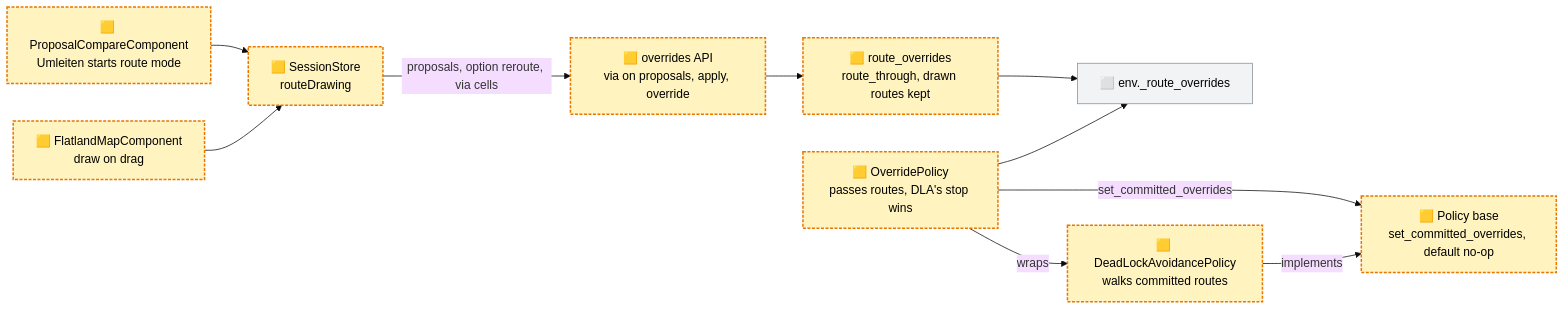
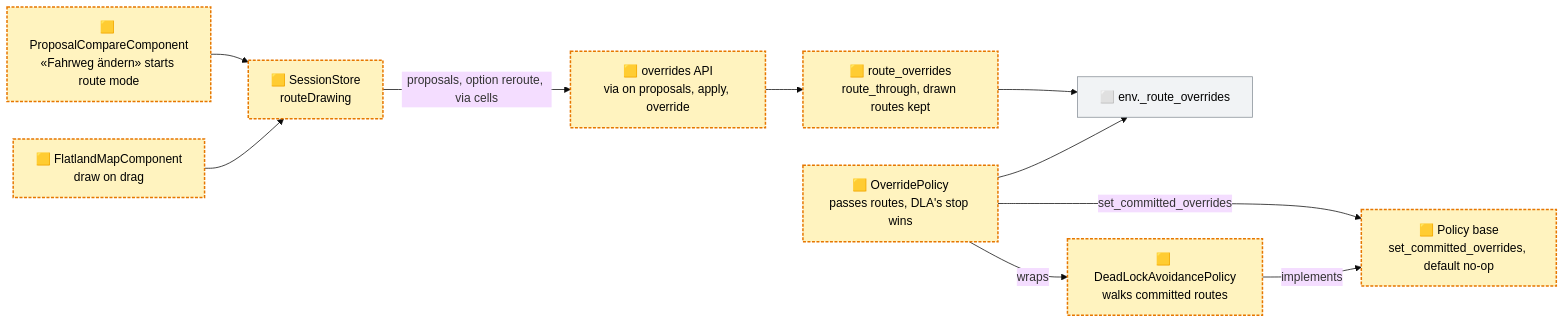
Before and after one commit to flatland-association/flatland-ui-hub: the first of 18 diagrams in docs/plans/set-route-on-map.md, drawn with Mermaid (base theme). The commit also changed other lines of this file and 18 other files, not shown here.

````diff
--- a/docs/plans/set-route-on-map.md
+++ b/docs/plans/set-route-on-map.md
@@ -346,21 +353,21 @@
 ```mermaid
 flowchart LR
-    PC["🟨 ProposalCompareComponent<br/>Umleiten starts route mode"] --> ST["🟨 SessionStore<br/>routeDrawing"]
+    PC["🟨 ProposalCompareComponent<br/>«Fahrweg ändern» starts route mode"] --> ST["🟨 SessionStore<br/>routeDrawing"]
     MAP["🟨 FlatlandMapComponent<br/>draw on drag"] --> ST
     ST -- "proposals, option reroute, via cells" --> API["🟨 overrides API<br/>via on proposals, apply, override"]
     API --> RO["🟨 route_overrides<br/>route_through, drawn routes kept"]
     RO --> ENV["⬜ env._route_overrides"]
     OP["🟨 OverridePolicy<br/>passes routes, DLA's stop wins"] --> ENV
     OP -- "set_committed_overrides" --> POL["🟨 Policy base<br/>set_committed_overrides, default no-op"]
     DLA["🟨 DeadLockAvoidancePolicy<br/>walks committed routes"] -- "implements" --> POL
     OP -- "wraps" --> DLA
     style PC fill:#fff3bf,stroke:#e67700,stroke-width:2px,stroke-dasharray:4 2,color:#000
     style ST fill:#fff3bf,stroke:#e67700,stroke-width:2px,stroke-dasharray:4 2,color:#000
     style MAP fill:#fff3bf,stroke:#e67700,stroke-width:2px,stroke-dasharray:4 2,color:#000
     style API fill:#fff3bf,stroke:#e67700,stroke-width:2px,stroke-dasharray:4 2,color:#000
     style RO fill:#fff3bf,stroke:#e67700,stroke-width:2px,stroke-dasharray:4 2,color:#000
     style ENV fill:#f1f3f5,stroke:#868e96,color:#000
     style OP fill:#fff3bf,stroke:#e67700,stroke-width:2px,stroke-dasharray:4 2,color:#000
     style POL fill:#fff3bf,stroke:#e67700,stroke-width:2px,stroke-dasharray:4 2,color:#000
     style DLA fill:#fff3bf,stroke:#e67700,stroke-width:2px,stroke-dasharray:4 2,color:#000
 ```
````
